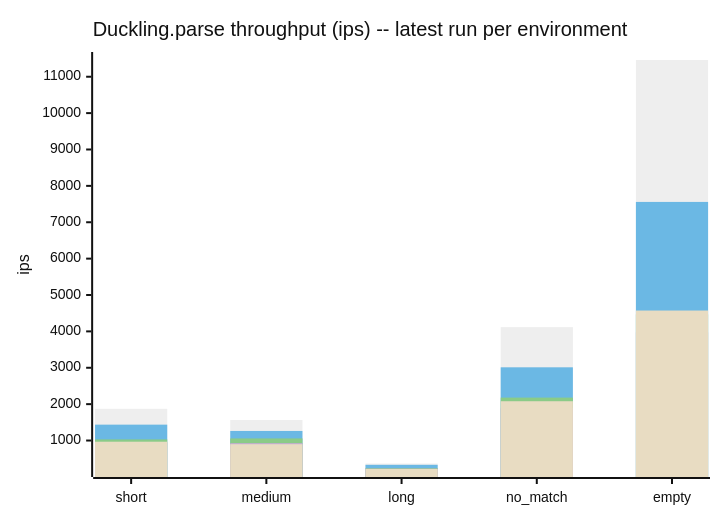
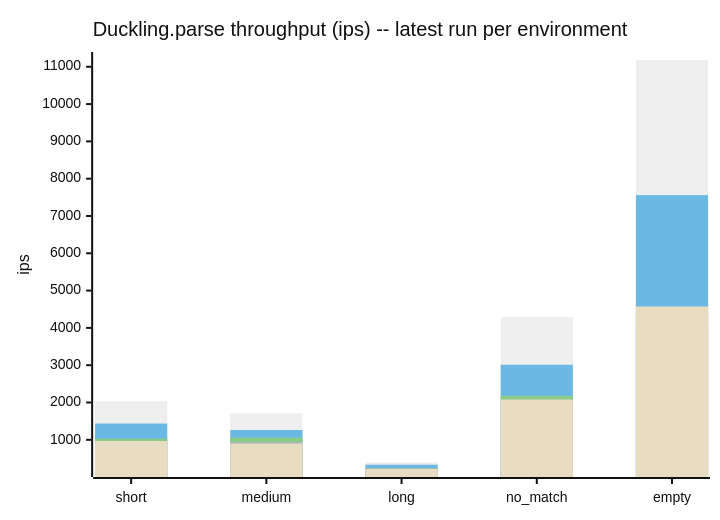
The sixth of 7 diagrams in docs/benchmarks/README.md (cpb/duckling), drawn with Mermaid (neutral theme) before and after one commit. The commit also changed other lines of this file, not shown here.

First line of the commit message:
bench: regenerate README including github-actions 0.3.0-rc3 point

````diff
--- a/docs/benchmarks/README.md
+++ b/docs/benchmarks/README.md
@@ -211,11 +211,11 @@
 ```mermaid
 xychart-beta
     title "Duckling.parse throughput (ips) -- latest run per environment"
     x-axis [short, medium, long, no_match, empty]
     y-axis "ips"
-    bar "github-actions" [1871.6, 1564.7, 368.4, 4117.3, 11459.9]
+    bar "github-actions" [2035.5, 1709.8, 393.8, 4287.8, 11181.6]
     bar "claude-code-web" [1436.5, 1263.2, 332.2, 3012.4, 7559.1]
     bar "local-3.3" [1030.7, 1057.5, 239.6, 2179.9, 4469.7]
     bar "local-3.4" [946.5, 927.0, 225.1, 1890.6, 3972.7]
     bar "local-4.0" [967.4, 898.1, 217.3, 2080.4, 4573.2]
 ```
````
